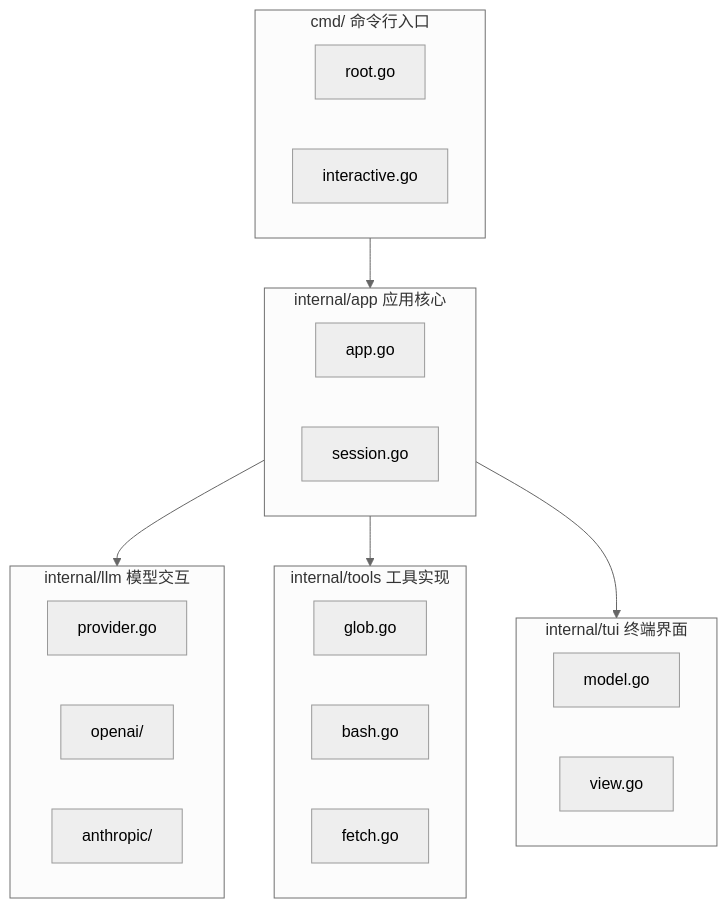
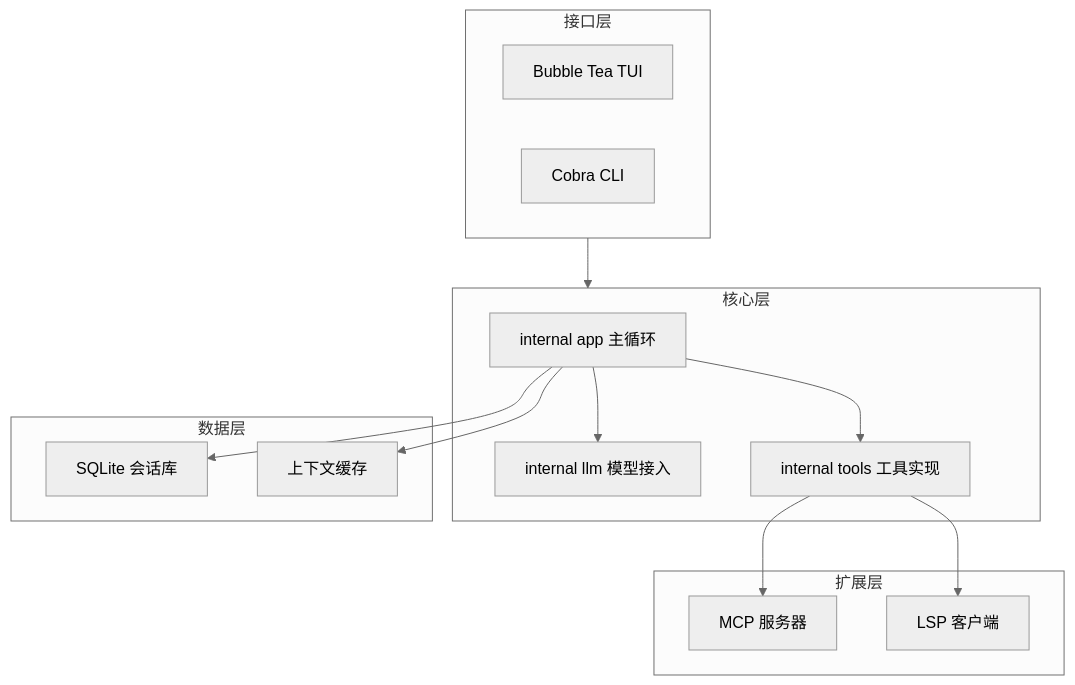
The third of 13 diagrams in docs/agent/case-studies/opencode-analysis.md (Shyu-x/frontend-interview), drawn with Mermaid (neutral theme) before and after one commit. The commit also changed other lines of this file and 58 other files, not shown here.

````diff
--- a/docs/agent/case-studies/opencode-analysis.md
+++ b/docs/agent/case-studies/opencode-analysis.md
@@ -84,30 +218,27 @@
 ```mermaid
 flowchart TB
-    subgraph cmd["cmd/ 命令行入口"]
-        root["root.go"]
-        interactive["interactive.go"]
+    subgraph Interface["接口层"]
+        TUI["Bubble Tea TUI"]
+        CLI["Cobra CLI"]
     end
-    subgraph internal/app["internal/app 应用核心"]
-        app["app.go"]
-        session["session.go"]
+    subgraph CoreLayer["核心层"]
+        APP["internal app 主循环"]
+        LLM["internal llm 模型接入"]
+        TOOLS["internal tools 工具实现"]
     end
-    subgraph internal/llm["internal/llm 模型交互"]
-        provider["provider.go"]
-        openai["openai/"]
-        anthropic["anthropic/"]
+    subgraph DataLayer["数据层"]
+        DB["SQLite 会话库"]
+        CACHE["上下文缓存"]
     end
-    subgraph internal/tools["internal/tools 工具实现"]
-        glob["glob.go"]
-        bash["bash.go"]
-        fetch["fetch.go"]
+    subgraph ExtLayer["扩展层"]
+        MCP["MCP 服务器"]
+        LSP["LSP 客户端"]
     end
-    subgraph internal/tui["internal/tui 终端界面"]
-        model["model.go"]
-        view["view.go"]
-    end
-    
-    cmd --> internal/app
-    internal/app --> internal/llm
-    internal/app --> internal/tools
-    internal/app --> internal/tui
+    Interface --> CoreLayer
+    APP --> LLM
+    APP --> TOOLS
+    APP --> DB
+    APP --> CACHE
+    TOOLS --> MCP
+    TOOLS --> LSP
 ```
````
